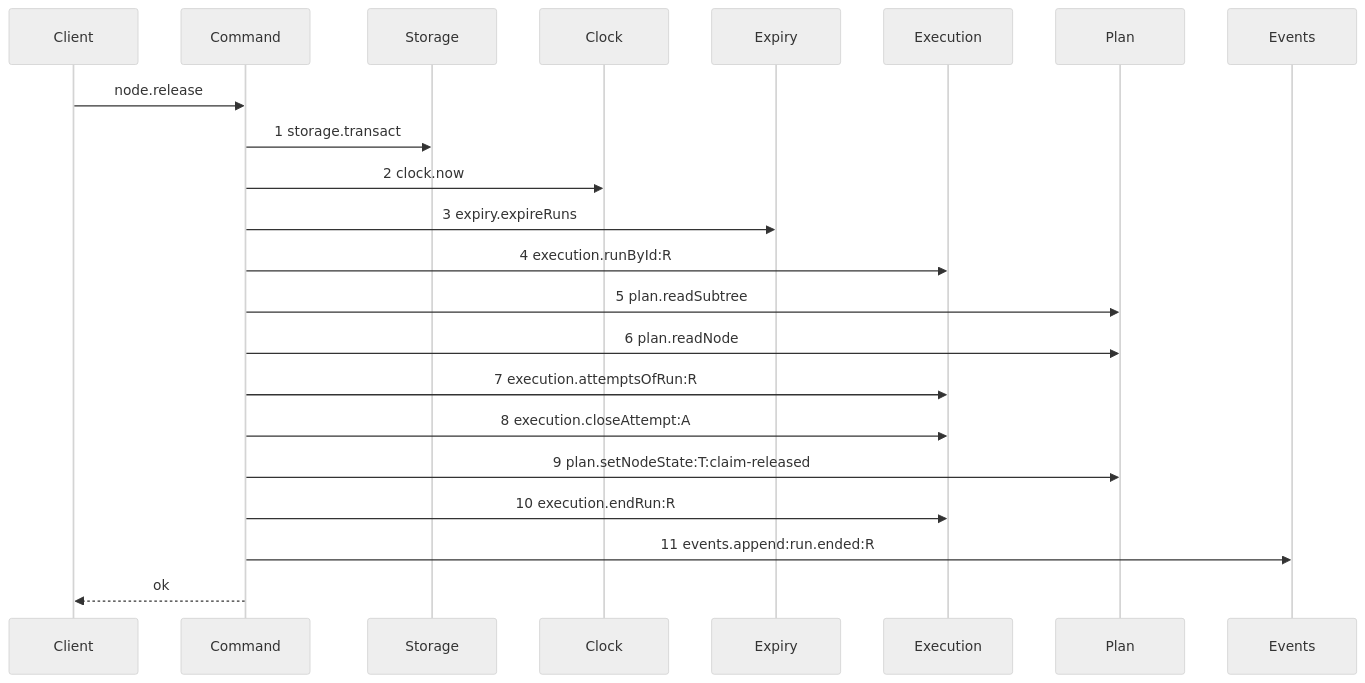
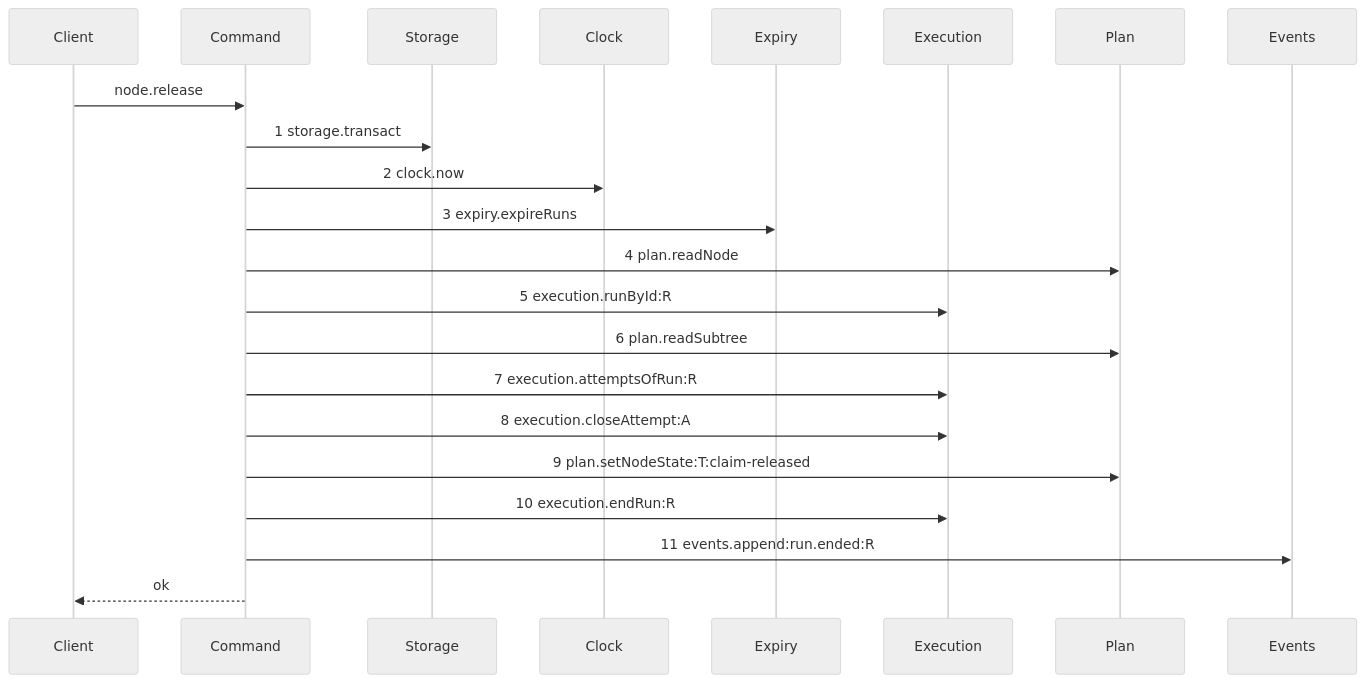
One commit to kanthorlabs/kanthord-engine changed the diagram in .agents/plan/stories/050.4-the-node-lease-removal/05-the-release-drops-the-lease.md. Above: the diagram before and after it, drawn with Mermaid (neutral theme). The commit also changed other lines of this file and 12 other files, not shown here.

````diff
--- a/.agents/plan/stories/050.4-the-node-lease-removal/05-the-release-drops-the-lease.md
+++ b/.agents/plan/stories/050.4-the-node-lease-removal/05-the-release-drops-the-lease.md
@@ -38,24 +38,24 @@
 ```mermaid
 sequenceDiagram
     participant Client
     participant Command
     participant Storage
     participant Clock
     participant Expiry
     participant Execution
     participant Plan
     participant Events
     Client->>Command: node.release
     Command->>Storage: 1 storage.transact
     Command->>Clock: 2 clock.now
     Command->>Expiry: 3 expiry.expireRuns
-    Command->>Execution: 4 execution.runById:R
-    Command->>Plan: 5 plan.readSubtree
-    Command->>Plan: 6 plan.readNode
+    Command->>Plan: 4 plan.readNode
+    Command->>Execution: 5 execution.runById:R
+    Command->>Plan: 6 plan.readSubtree
     Command->>Execution: 7 execution.attemptsOfRun:R
     Command->>Execution: 8 execution.closeAttempt:A
     Command->>Plan: 9 plan.setNodeState:T:claim-released
     Command->>Execution: 10 execution.endRun:R
     Command->>Events: 11 events.append:run.ended:R
     Command-->>Client: ok
 ```
````
